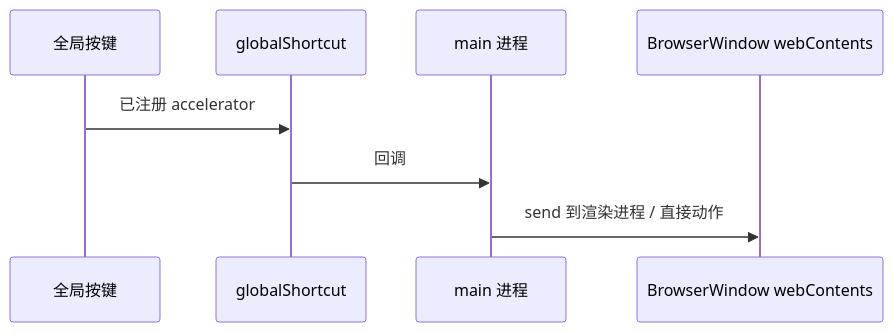
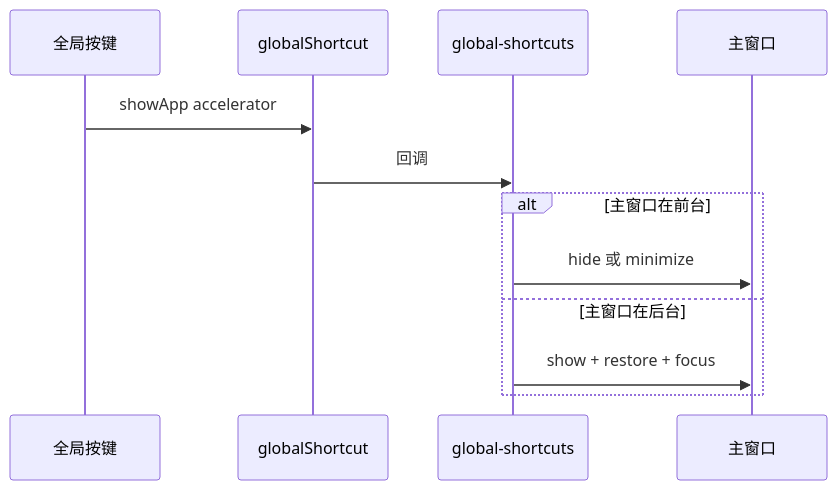
Before and after one commit to Landers1037/NioZy: the second of 3 diagrams in docs/功能快捷键.md, drawn with Mermaid. The commit also changed other lines of this file and 1 other file, not shown here.

First line of the commit message:
docs(shortcuts): expand global hotkey and screenshot documentation

````diff
--- a/docs/功能快捷键.md
+++ b/docs/功能快捷键.md
@@ -35,11 +68,15 @@
 ```mermaid
 sequenceDiagram
   participant User as 全局按键
   participant GS as globalShortcut
-  participant Main as main 进程
-  participant Win as BrowserWindow webContents
+  participant Main as global-shortcuts
+  participant Win as 主窗口
 
-  User->>GS: 已注册 accelerator
+  User->>GS: showApp accelerator
   GS->>Main: 回调
-  Main->>Win: send 到渲染进程 / 直接动作
+  alt 主窗口在前台
+    Main->>Win: hide 或 minimize
+  else 主窗口在后台
+    Main->>Win: show + restore + focus
+  end
 ```
````
